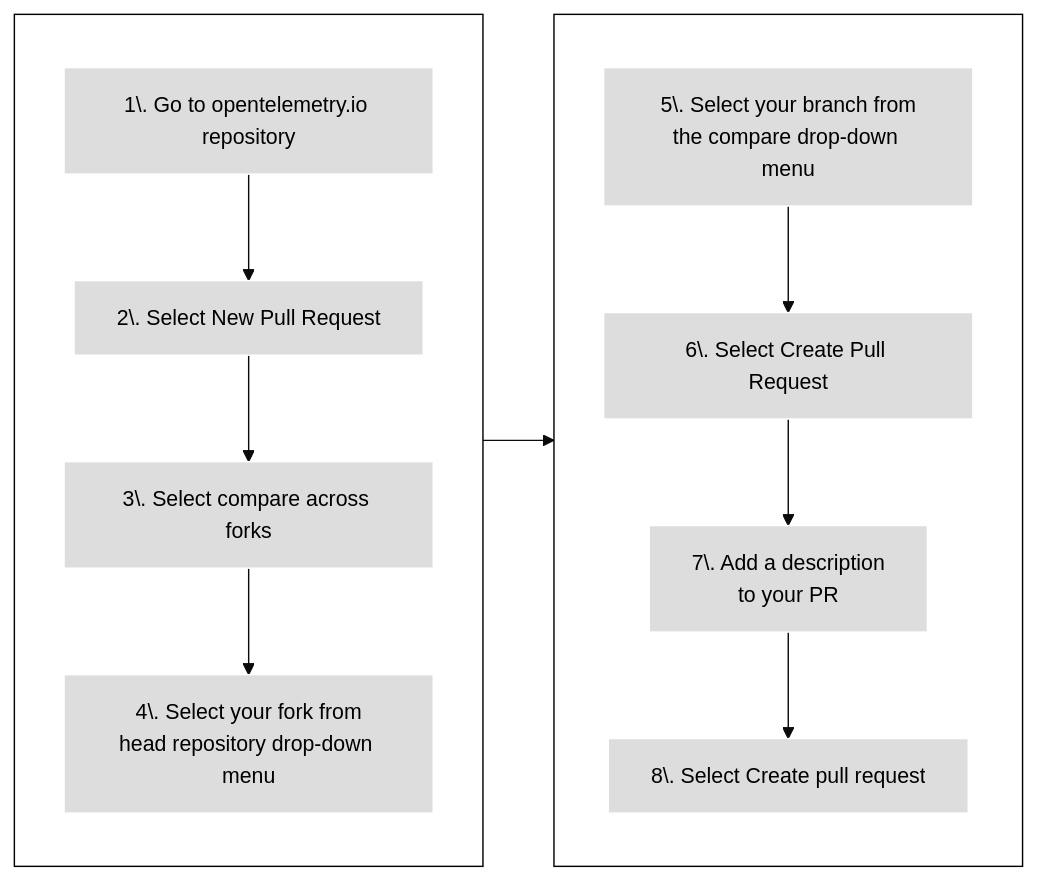
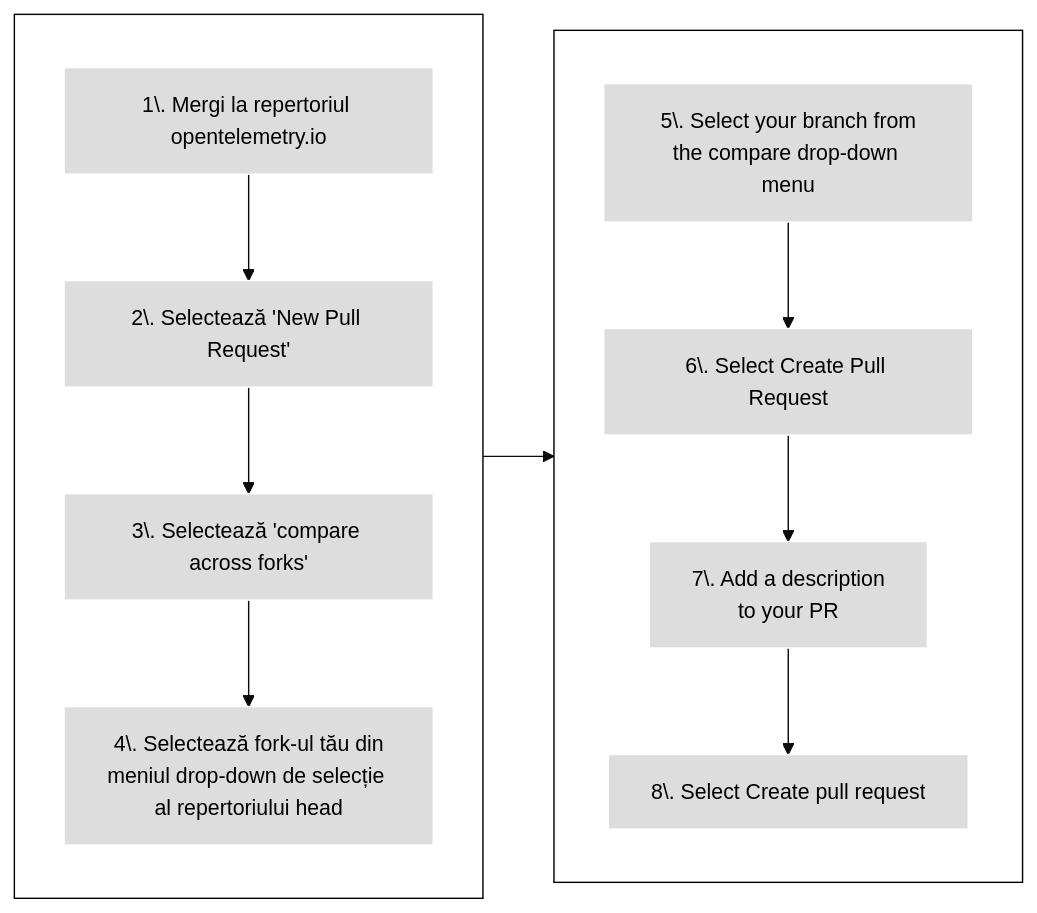
Before and after one commit to open-telemetry/opentelemetry.io: the fourth of 4 diagrams in content/ro/docs/contributing/pull-requests.md, drawn with Mermaid (base theme). The commit also changed other lines of this file and 1 other file, not shown here.

Commit message:
save work

````diff
--- a/content/ro/docs/contributing/pull-requests.md
+++ b/content/ro/docs/contributing/pull-requests.md
@@ -360,22 +360,22 @@
 ```mermaid
 flowchart LR
 subgraph first[ ]
 direction TB
-1[1\. Go to opentelemetry.io repository] --> 2[2\. Select New Pull Request]
-2 --> 3[3\. Select compare across forks]
-3 --> 4[4\. Select your fork from<br>head repository drop-down menu]
+1[1\. Mergi la repertoriul opentelemetry.io] --> 2[2\. Selectează 'New Pull Request']
+2 --> 3[3\. Selectează 'compare across forks']
+3 --> 4[4\. Selectează fork-ul tău din<br>meniul drop-down de selecție al repertoriului head]
 end
 subgraph second [ ]
 direction TB
 5[5\. Select your branch from<br>the compare drop-down menu] --> 6[6\. Select Create Pull Request]
 6 --> 7[7\. Add a description<br>to your PR]
 7 --> 8[8\. Select Create pull request]
 end
 
 first --> second
 
 classDef grey fill:#dddddd,stroke:#ffffff,stroke-width:px,color:#000000, font-size:15px;
 classDef white fill:#ffffff,stroke:#000,stroke-width:px,color:#000,font-weight:bold
 class 1,2,3,4,5,6,7,8 grey
 class first,second white
 ```
````
